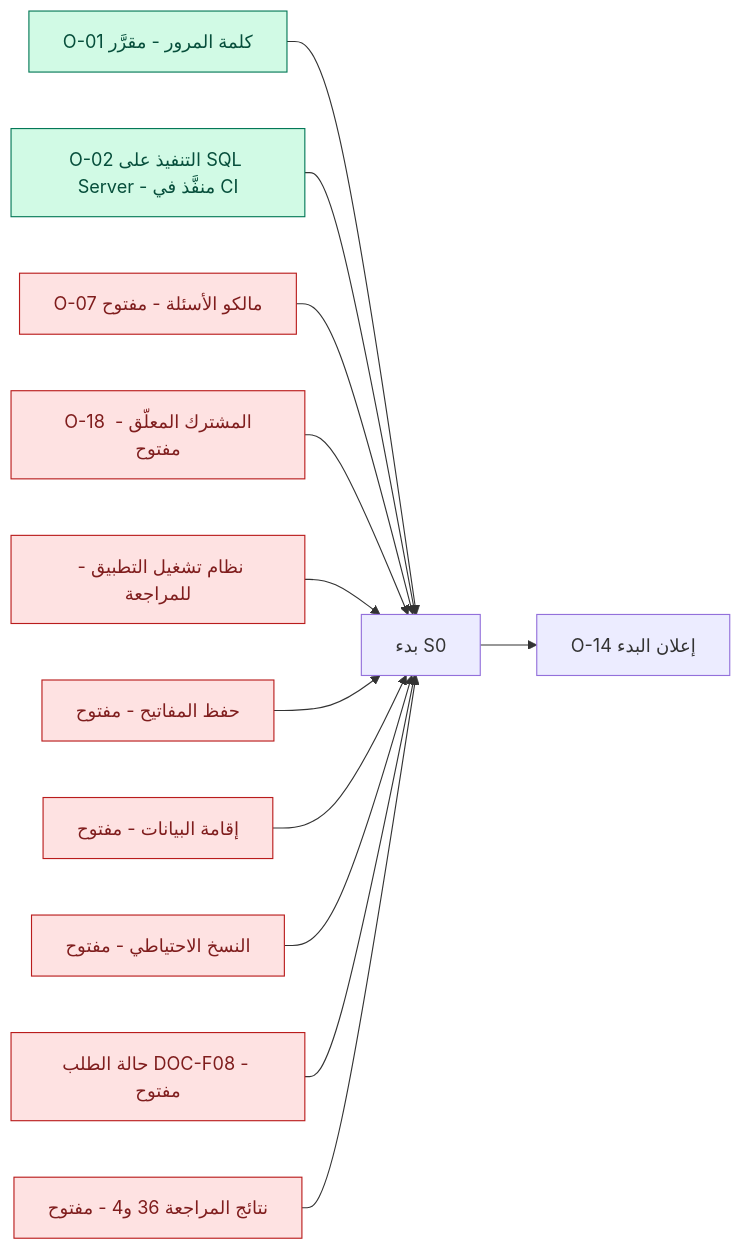
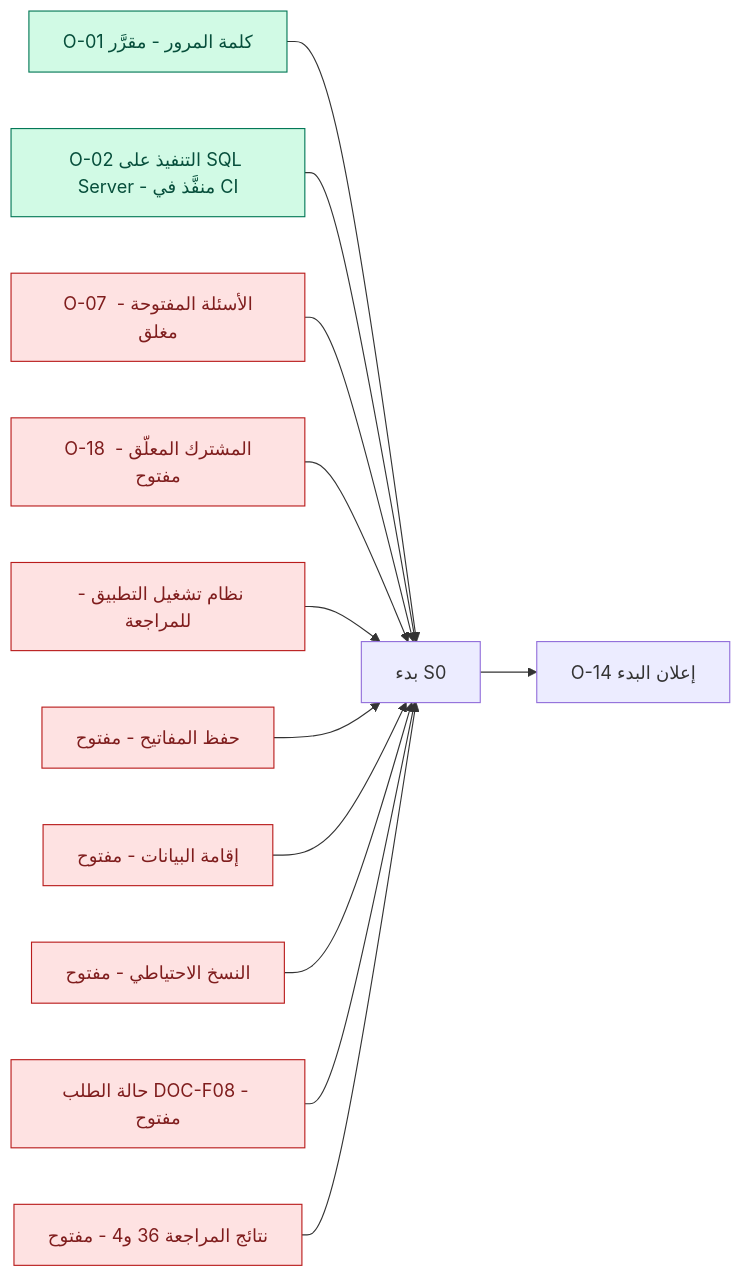
The second of 2 diagrams in treasury-platform/docs/30-readiness/DOC-B09-raci-and-decision-ownership.md (thawrasy/smartlines), drawn with Mermaid before and after one commit. The commit also changed other lines of this file and 194 other files, not shown here.

````diff
--- a/treasury-platform/docs/30-readiness/DOC-B09-raci-and-decision-ownership.md
+++ b/treasury-platform/docs/30-readiness/DOC-B09-raci-and-decision-ownership.md
@@ -74,18 +74,18 @@
 ```mermaid
 flowchart LR
   G1["O-01 كلمة المرور - مقرَّر"] --> S0["بدء S0"]
   G2["O-02 التنفيذ على SQL Server - منفَّذ في CI"] --> S0
-  G3["O-07 مالكو الأسئلة - مفتوح"] --> S0
+  G3["O-07 الأسئلة المفتوحة - مغلق"] --> S0
   G4["O-18 المشترك المعلّق - مفتوح"] --> S0
   G5["نظام تشغيل التطبيق - للمراجعة"] --> S0
   G6["حفظ المفاتيح - مفتوح"] --> S0
   G7["إقامة البيانات - مفتوح"] --> S0
   G8["النسخ الاحتياطي - مفتوح"] --> S0
   G9["حالة الطلب DOC-F08 - مفتوح"] --> S0
   G10["نتائج المراجعة 36 و4 - مفتوح"] --> S0
   S0 --> O14["O-14 إعلان البدء"]
   classDef done fill:#d1fae5,stroke:#047857,color:#064e3b
   classDef open fill:#fee2e2,stroke:#b91c1c,color:#7f1d1d
   class G1,G2 done
   class G3,G4,G5,G6,G7,G8,G9,G10 open
 ```
````
